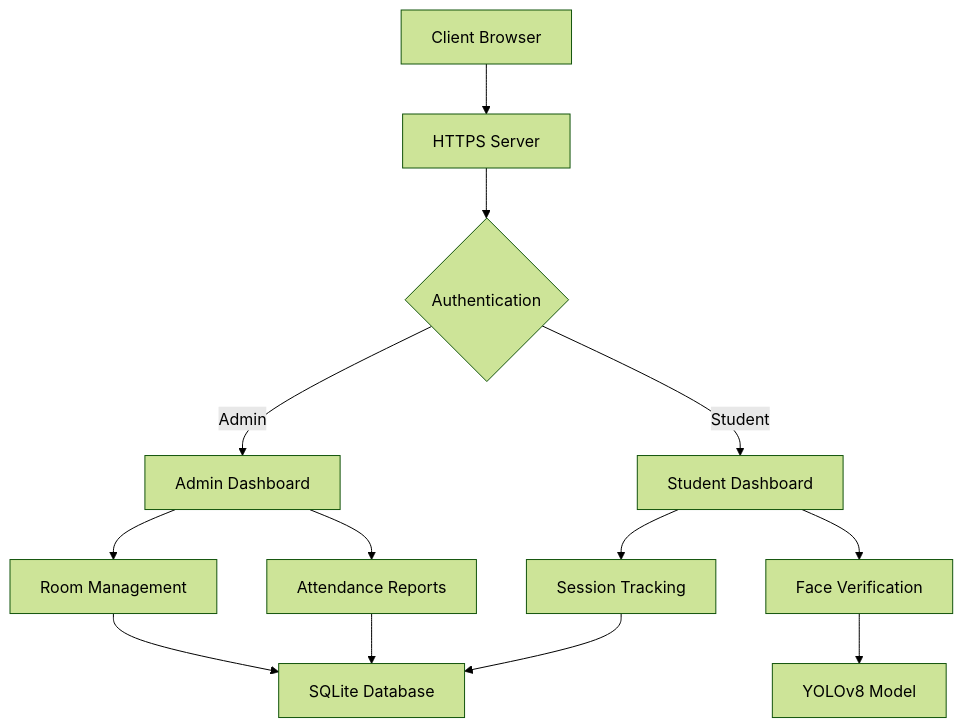
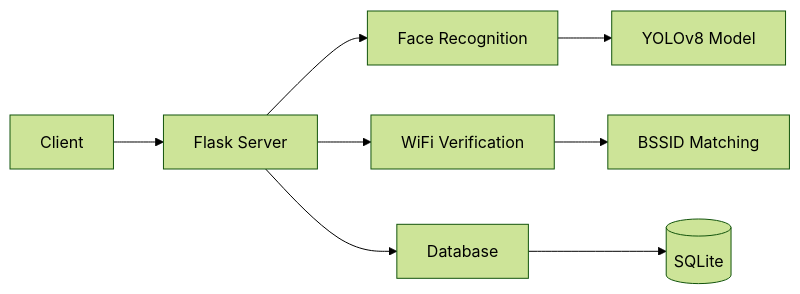
One commit to kailai-13/True_Wifi_Attendance changed the diagram in README.md. Above: the diagram before and after it, drawn with Mermaid (forest theme). The commit also changed other lines of this file, not shown here.

````diff
--- a/README.md
+++ b/README.md
@@ -115,15 +103,10 @@
 ```mermaid
-graph TD
-    A[Client Browser] --> B[HTTPS Server]
-    B --> C{Authentication}
-    C -->|Admin| D[Admin Dashboard]
-    C -->|Student| E[Student Dashboard]
-    D --> F[Room Management]
-    D --> G[Attendance Reports]
-    E --> H[Face Verification]
-    E --> I[Session Tracking]
-    F --> J[SQLite Database]
-    G --> J
-    H --> K[YOLOv8 Model]
-    I --> J
+graph LR
+    A[Client] --> B[Flask Server]
+    B --> C[Face Recognition]
+    B --> D[WiFi Verification]
+    B --> E[Database]
+    C --> F[YOLOv8 Model]
+    D --> G[BSSID Matching]
+    E --> H[(SQLite)]
 ```
````
